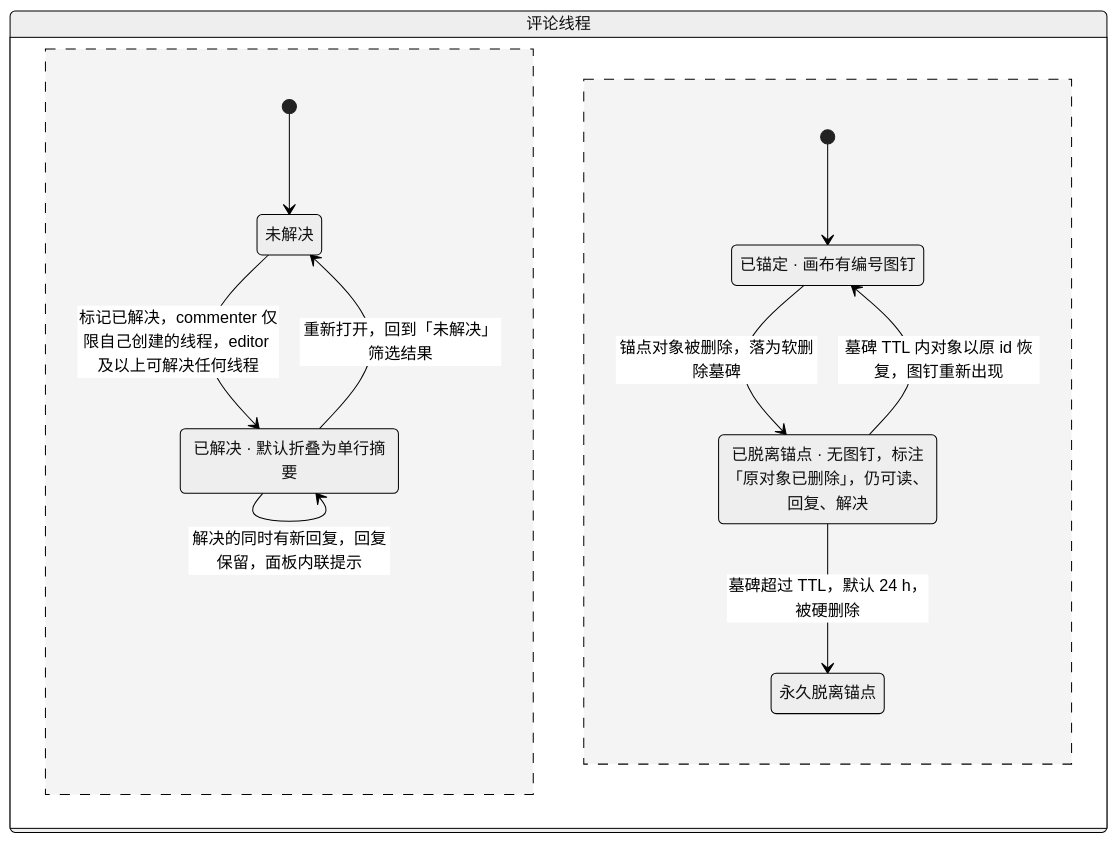
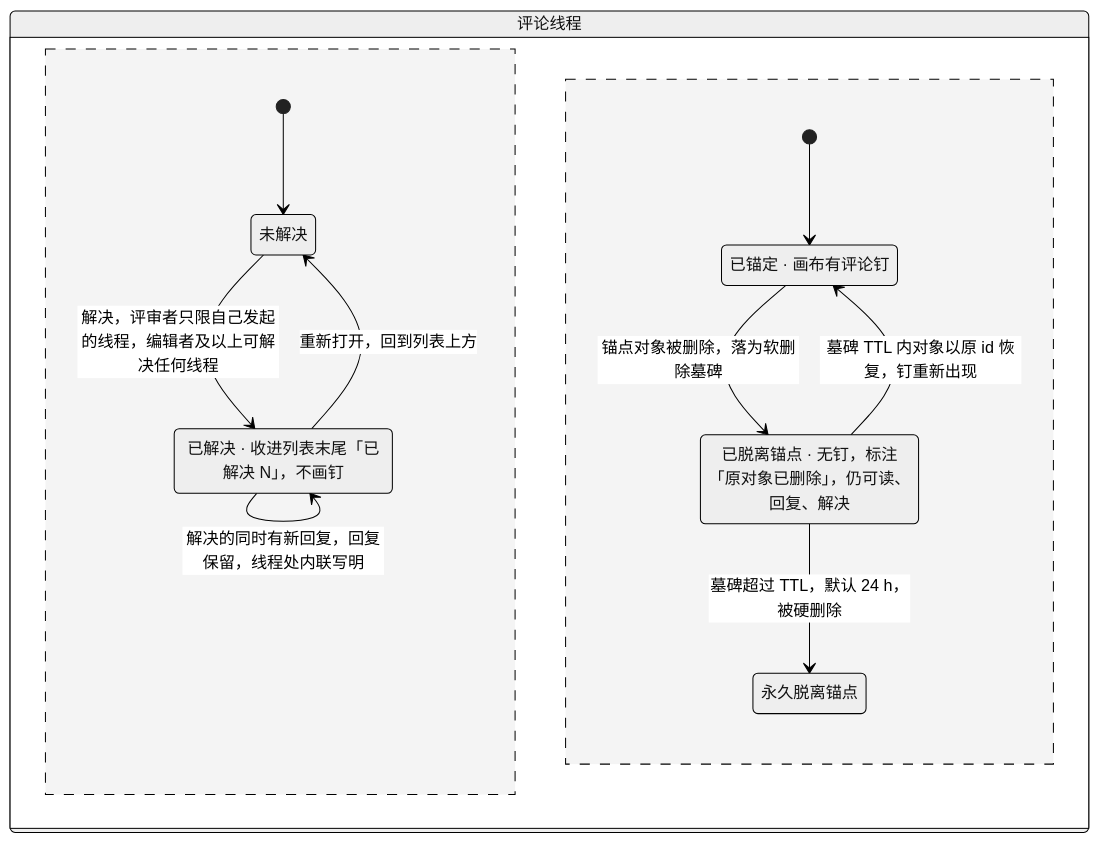
One commit to Xeonice/cordis-ppt-editor changed the second of 2 diagrams in docs/20-design/03-screens/06-comments-panel.md. Above: the diagram before and after it, drawn with Mermaid (neutral theme). The commit also changed other lines of this file and 44 other files, not shown here.

````diff
--- a/docs/20-design/03-screens/06-comments-panel.md
+++ b/docs/20-design/03-screens/06-comments-panel.md
@@ -93,19 +287,19 @@
 ```mermaid
 stateDiagram-v2
   state "评论线程" as thread {
     state "未解决" as open
-    state "已解决 · 默认折叠为单行摘要" as resolved
+    state "已解决 · 收进列表末尾「已解决 N」，不画钉" as resolved
     [*] --> open
-    open --> resolved : 标记已解决，commenter 仅限自己创建的线程，editor 及以上可解决任何线程
-    resolved --> open : 重新打开，回到「未解决」筛选结果
-    resolved --> resolved : 解决的同时有新回复，回复保留，面板内联提示
+    open --> resolved : 解决，评审者只限自己发起的线程，编辑者及以上可解决任何线程
+    resolved --> open : 重新打开，回到列表上方
+    resolved --> resolved : 解决的同时有新回复，回复保留，线程处内联写明
     --
-    state "已锚定 · 画布有编号图钉" as anchored
-    state "已脱离锚点 · 无图钉，标注「原对象已删除」，仍可读、回复、解决" as detached
+    state "已锚定 · 画布有评论钉" as anchored
+    state "已脱离锚点 · 无钉，标注「原对象已删除」，仍可读、回复、解决" as detached
     state "永久脱离锚点" as lost
     [*] --> anchored
     anchored --> detached : 锚点对象被删除，落为软删除墓碑
-    detached --> anchored : 墓碑 TTL 内对象以原 id 恢复，图钉重新出现
+    detached --> anchored : 墓碑 TTL 内对象以原 id 恢复，钉重新出现
     detached --> lost : 墓碑超过 TTL，默认 24 h，被硬删除
   }
 ```
````
